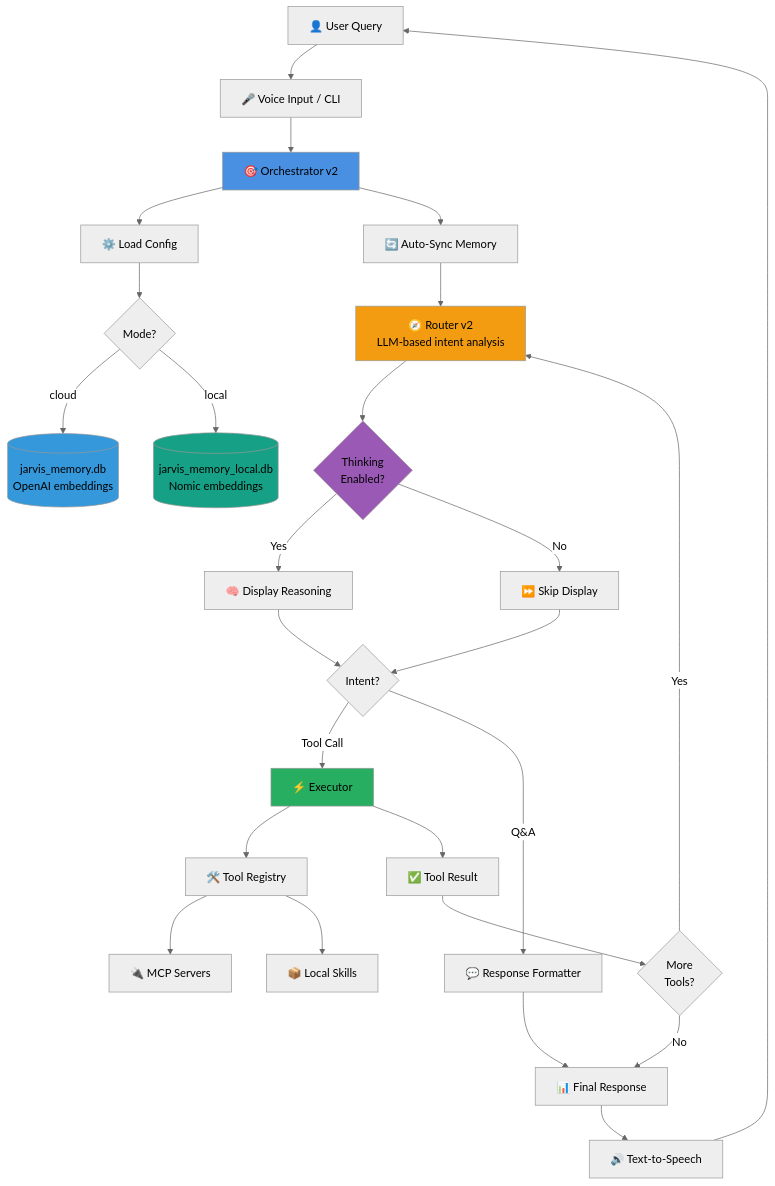
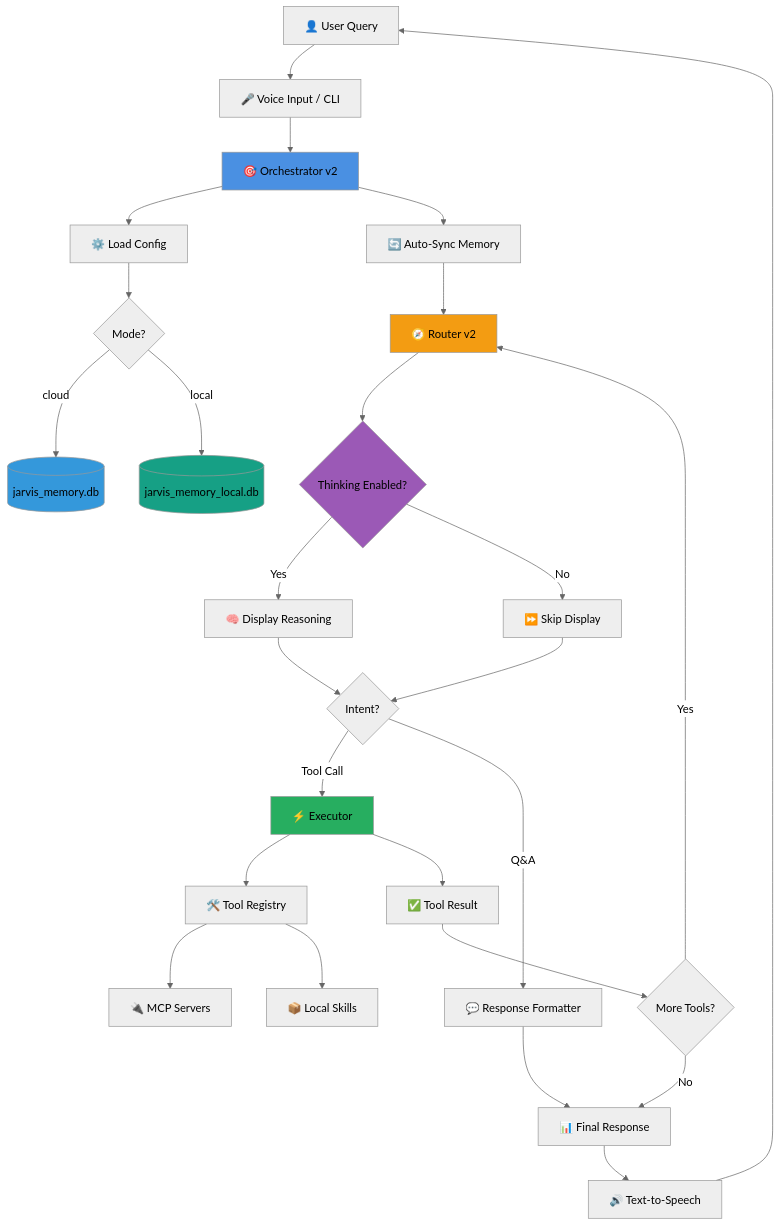
The first of 12 diagrams in docs/JARVIS_WORKFLOW.md (bigsk1/jarvis-voice), drawn with Mermaid (neutral theme) before and after one commit. The commit also changed other lines of this file, not shown here.

Commit message:
remove <br from mermaid charts

````diff
--- a/docs/JARVIS_WORKFLOW.md
+++ b/docs/JARVIS_WORKFLOW.md
@@ -23,43 +23,43 @@
 ```mermaid
 graph TB
     User[👤 User Query] --> Voice[🎤 Voice Input / CLI]
     Voice --> Orchestrator[🎯 Orchestrator v2]
     
     Orchestrator --> Config[⚙️ Load Config]
     Config --> Cloud{Mode?}
-    Cloud -->|cloud| CloudDB[(jarvis_memory.db<br/>OpenAI embeddings)]
-    Cloud -->|local| LocalDB[(jarvis_memory_local.db<br/>Nomic embeddings)]
+    Cloud -->|cloud| CloudDB[(jarvis_memory.db)]
+    Cloud -->|local| LocalDB[(jarvis_memory_local.db)]
     
     Orchestrator --> AutoSync[🔄 Auto-Sync Memory]
-    AutoSync --> Router[🧭 Router v2<br/>LLM-based intent analysis]
+    AutoSync --> Router[🧭 Router v2]
     
-    Router --> Thinking{Thinking<br/>Enabled?}
+    Router --> Thinking{Thinking Enabled?}
     Thinking -->|Yes| ShowThinking[🧠 Display Reasoning]
     Thinking -->|No| SkipThinking[⏩ Skip Display]
     ShowThinking --> Intent
     SkipThinking --> Intent
     
     Intent{Intent?}
     Intent -->|Tool Call| Executor[⚡ Executor]
     Intent -->|Q&A| Formatter[💬 Response Formatter]
     
     Executor --> Tools[🛠️ Tool Registry]
     Tools --> MCPServers[🔌 MCP Servers]
     Tools --> LocalTools[📦 Local Skills]
     
     Executor --> Result[✅ Tool Result]
-    Result --> MultiTurn{More<br/>Tools?}
+    Result --> MultiTurn{More Tools?}
     MultiTurn -->|Yes| Router
     MultiTurn -->|No| Final[📊 Final Response]
     
     Formatter --> Final
     Final --> TTS[🔊 Text-to-Speech]
     TTS --> User
     
     style Orchestrator fill:#4a90e2
     style Router fill:#f39c12
     style Executor fill:#27ae60
     style Thinking fill:#9b59b6
     style CloudDB fill:#3498db
     style LocalDB fill:#16a085
 ```
````
